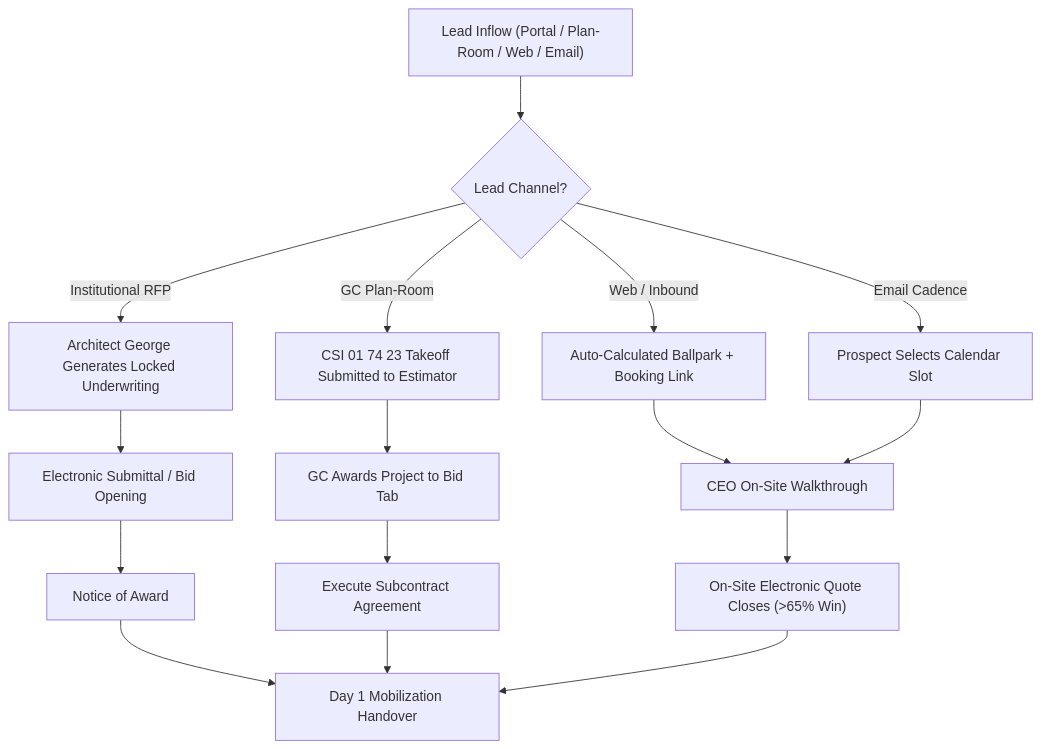
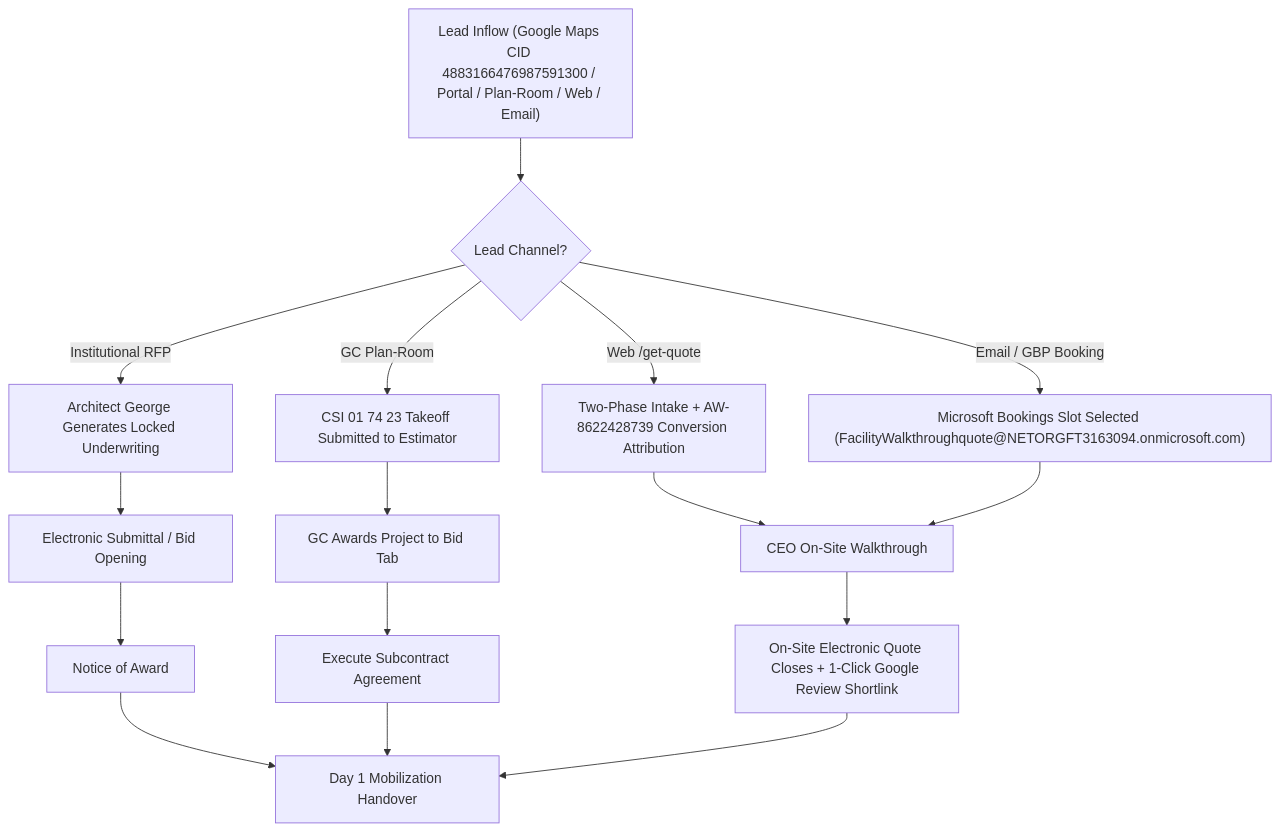
The diagram in HWB-COMPANY/HWB-SALES-MARKETING/HWB-QMS-8.0 Sales Process SOP with Flowchart.md (Humbertoed11/hwb-institutional-website), drawn with Mermaid before and after one commit. The commit also changed other lines of this file and 685 other files, not shown here.

Commit message:
feat(qms): execute 29-SOP & 51-Mermaid-diagram enterprise upgrade & Mermaid AST sentinel (BUG-148 Phase 2)

````diff
--- a/HWB-COMPANY/HWB-SALES-MARKETING/HWB-QMS-8.0 Sales Process SOP with Flowchart.md
+++ b/HWB-COMPANY/HWB-SALES-MARKETING/HWB-QMS-8.0 Sales Process SOP with Flowchart.md
@@ -36,18 +36,18 @@
 ```mermaid
 graph TD
-    A["Lead Inflow (Portal / Plan-Room / Web / Email)"] --> B{"Lead Channel?"}
+    A["Lead Inflow (Google Maps CID 4883166476987591300 / Portal / Plan-Room / Web / Email)"] --> B{"Lead Channel?"}
     B -- Institutional RFP --> C["Architect George Generates Locked Underwriting"]
     B -- GC Plan-Room --> D["CSI 01 74 23 Takeoff Submitted to Estimator"]
-    B -- Web / Inbound --> E["Auto-Calculated Ballpark + Booking Link"]
-    B -- Email Cadence --> F["Prospect Selects Calendar Slot"]
+    B -- Web /get-quote --> E["Two-Phase Intake + AW-8622428739 Conversion Attribution"]
+    B -- Email / GBP Booking --> F["Microsoft Bookings Slot Selected (FacilityWalkthroughquote@NETORGFT3163094.onmicrosoft.com)"]
     C --> G["Electronic Submittal / Bid Opening"]
     D --> H["GC Awards Project to Bid Tab"]
     E --> I["CEO On-Site Walkthrough"]
     F --> I
     G --> J["Notice of Award"]
     H --> K["Execute Subcontract Agreement"]
-    I --> L["On-Site Electronic Quote Closes (>65% Win)"]
+    I --> L["On-Site Electronic Quote Closes + 1-Click Google Review Shortlink"]
     J --> M["Day 1 Mobilization Handover"]
     K --> M
     L --> M
 ```
````
